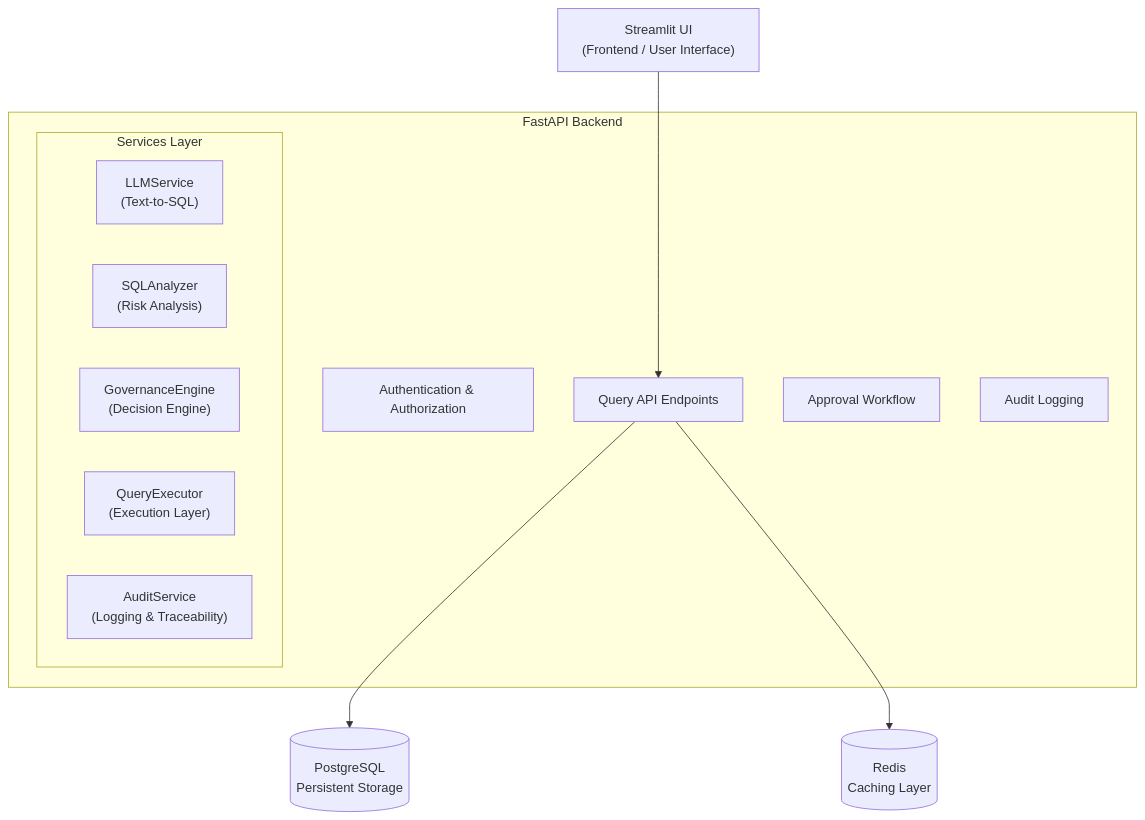
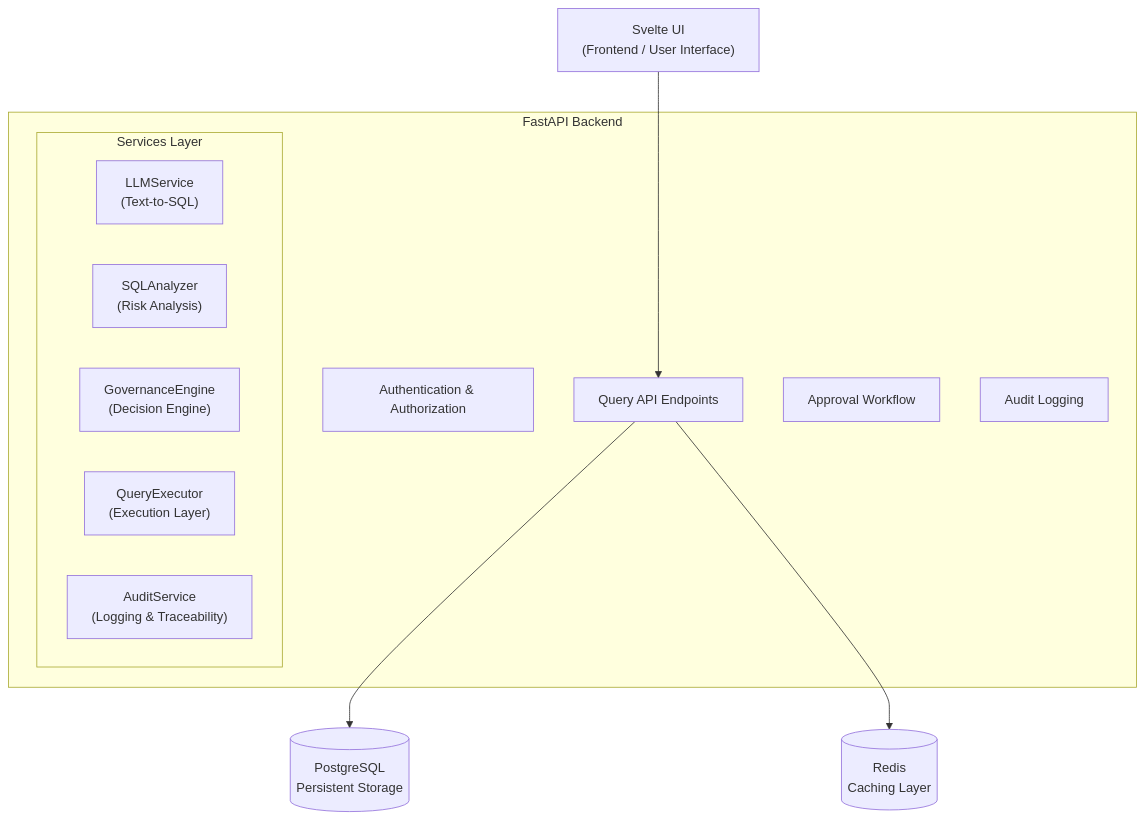
The diagram in README.md (masoudkazak/ai-text-to-sql), drawn with Mermaid before and after one commit. The commit also changed other lines of this file and 23 other files, not shown here.

Commit message:
change frontend from stremlit to svelte.js

````diff
--- a/README.md
+++ b/README.md
@@ -7,26 +7,26 @@
 ```mermaid
 flowchart TD
-    A["Streamlit UI<br>(Frontend / User Interface)"]
+    A["Svelte UI<br>(Frontend / User Interface)"]
 
     subgraph backend["FastAPI Backend"]
         B1["Authentication & Authorization"]
         B2["Query API Endpoints"]
         B3["Approval Workflow"]
         B4["Audit Logging"]
 
         subgraph services["Services Layer"]
             S1["LLMService<br>(Text-to-SQL)"]
             S2["SQLAnalyzer<br>(Risk Analysis)"]
             S3["GovernanceEngine<br>(Decision Engine)"]
             S4["QueryExecutor<br>(Execution Layer)"]
             S5["AuditService<br>(Logging & Traceability)"]
         end
     end
 
     C[("PostgreSQL<br>Persistent Storage")]
     D[("Redis<br>Caching Layer")]
 
     A --> B2
     B2 --> C
     B2 --> D
 ```
````
